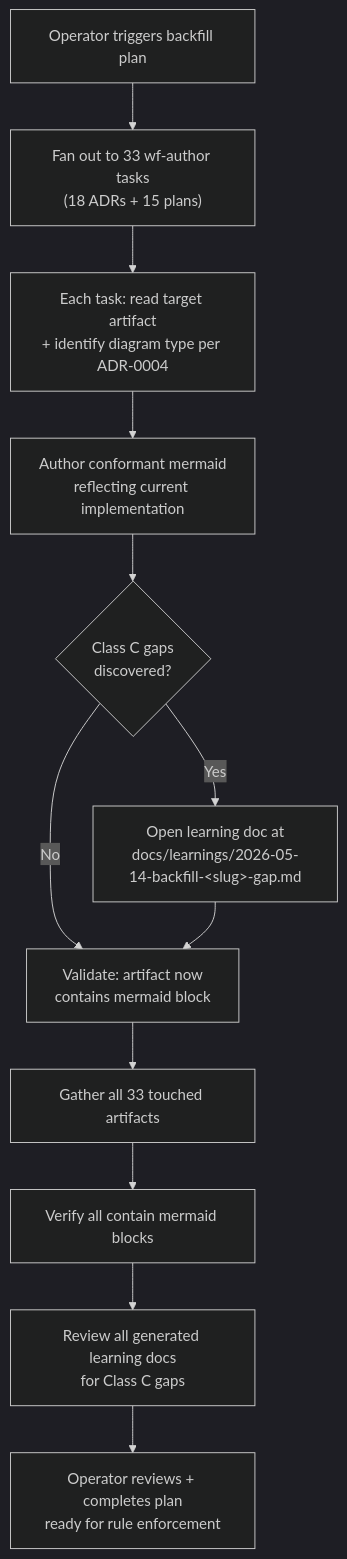
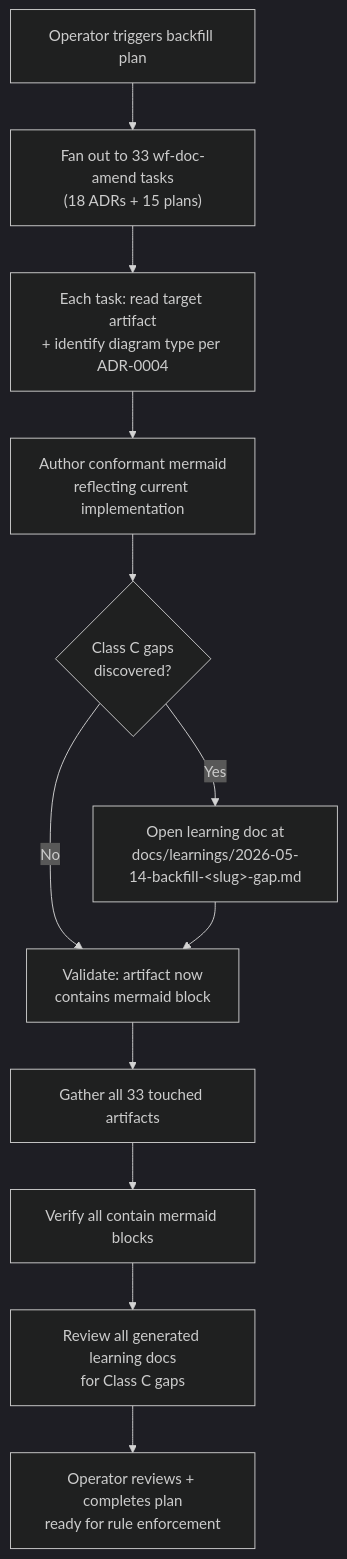
One commit to joeLepper/treadmill changed the diagram in docs/plans/2026-05-14-adr-0030-diagram-backfill.md. Above: the diagram before and after it, drawn with Mermaid (dark theme). The commit also changed other lines of this file, not shown here.

First line of the commit message:
Re-fire ADR-0030 backfill plan through wf-doc-amend (#62)

````diff
--- a/docs/plans/2026-05-14-adr-0030-diagram-backfill.md
+++ b/docs/plans/2026-05-14-adr-0030-diagram-backfill.md
@@ -78,14 +79,14 @@
 ```mermaid
 flowchart TD
-    Start["Operator triggers backfill plan"] --> FanOut["Fan out to 33 wf-author tasks<br/>(18 ADRs + 15 plans)"]
+    Start["Operator triggers backfill plan"] --> FanOut["Fan out to 33 wf-doc-amend tasks<br/>(18 ADRs + 15 plans)"]
     FanOut --> Dispatch["Each task: read target artifact<br/>+ identify diagram type per ADR-0004"]
     Dispatch --> Author["Author conformant mermaid<br/>reflecting current implementation"]
     Author --> GapCheck{Class C gaps<br/>discovered?}
     GapCheck -->|Yes| Learning["Open learning doc at<br/>docs/learnings/2026-05-14-backfill-&lt;slug&gt;-gap.md"]
     GapCheck -->|No| Validate["Validate: artifact now<br/>contains mermaid block"]
     Learning --> Validate
     Validate --> Gather["Gather all 33 touched artifacts"]
     Gather --> CheckDiagrams["Verify all contain mermaid blocks"]
     CheckDiagrams --> LearningDocs["Review all generated learning docs<br/>for Class C gaps"]
     LearningDocs --> Complete["Operator reviews + completes plan<br/>ready for rule enforcement"]
 ```
````
